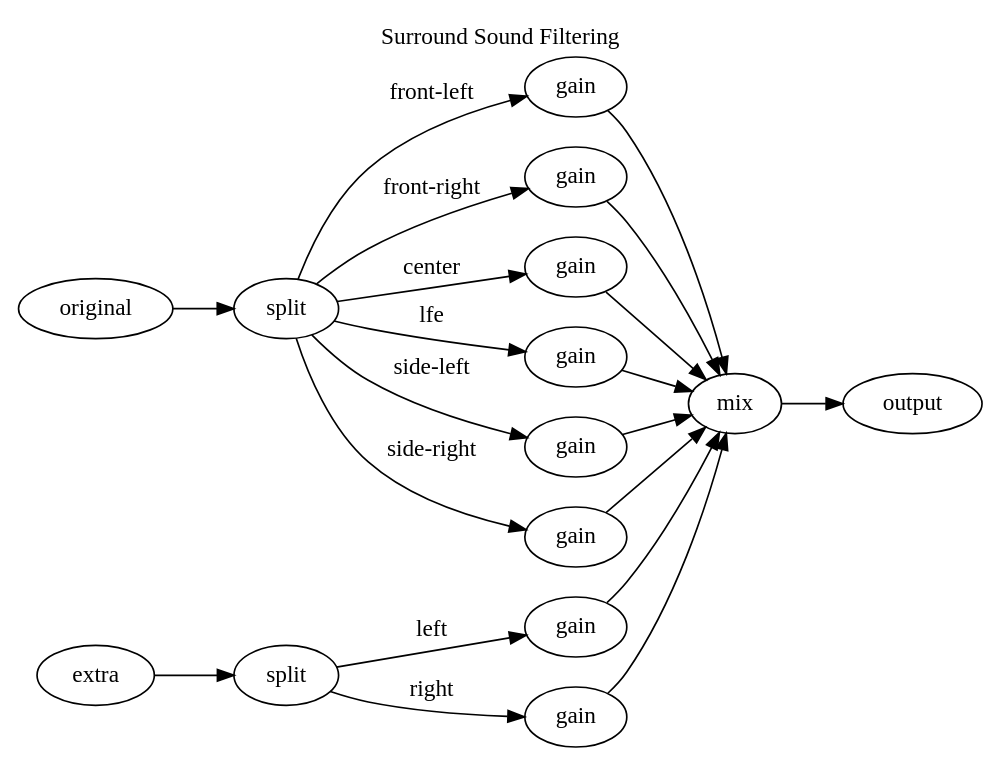
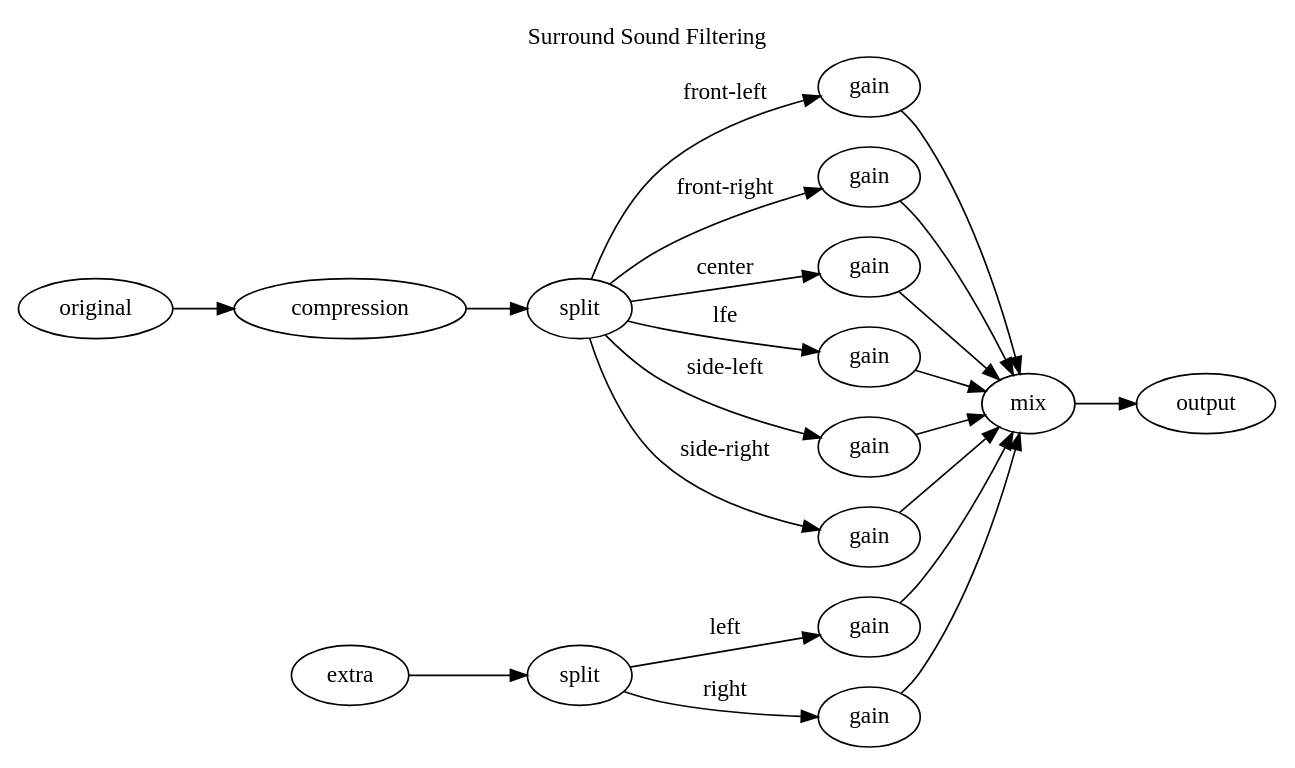
The diagram in filter-graph-surround.gv (joeyparrish/upfish), drawn with Graphviz before and after one commit. The commit also changed 4 other files, not shown here.

```diff
--- a/filter-graph-surround.gv
+++ b/filter-graph-surround.gv
@@ -1,39 +1,40 @@
 digraph {
   label = "Surround Sound Filtering"
   labelloc = "t"
   rankdir = "LR"
 
-  original -> split;
+  original -> compression;
+  compression -> split;
 
   gain0 [label="gain"];
   gain1 [label="gain"];
   gain2 [label="gain"];
   gain3 [label="gain"];
   gain4 [label="gain"];
   gain5 [label="gain"];
   gain6 [label="gain"];
   gain7 [label="gain"];
 
   split -> gain0 [label="front-left"];
   split -> gain1 [label="front-right"];
   split -> gain2 [label="center"];
   split -> gain3 [label="lfe"];
   split -> gain4 [label="side-left"];
   split -> gain5 [label="side-right"];
 
   split2 [label="split"];
   extra -> split2;
   split2 -> gain6 [label="left"];
   split2 -> gain7 [label="right"];
 
   gain0 -> mix;
   gain1 -> mix;
   gain2 -> mix;
   gain3 -> mix;
   gain4 -> mix;
   gain5 -> mix;
   gain6 -> mix;
   gain7 -> mix;
 
   mix -> output;
 }
```
